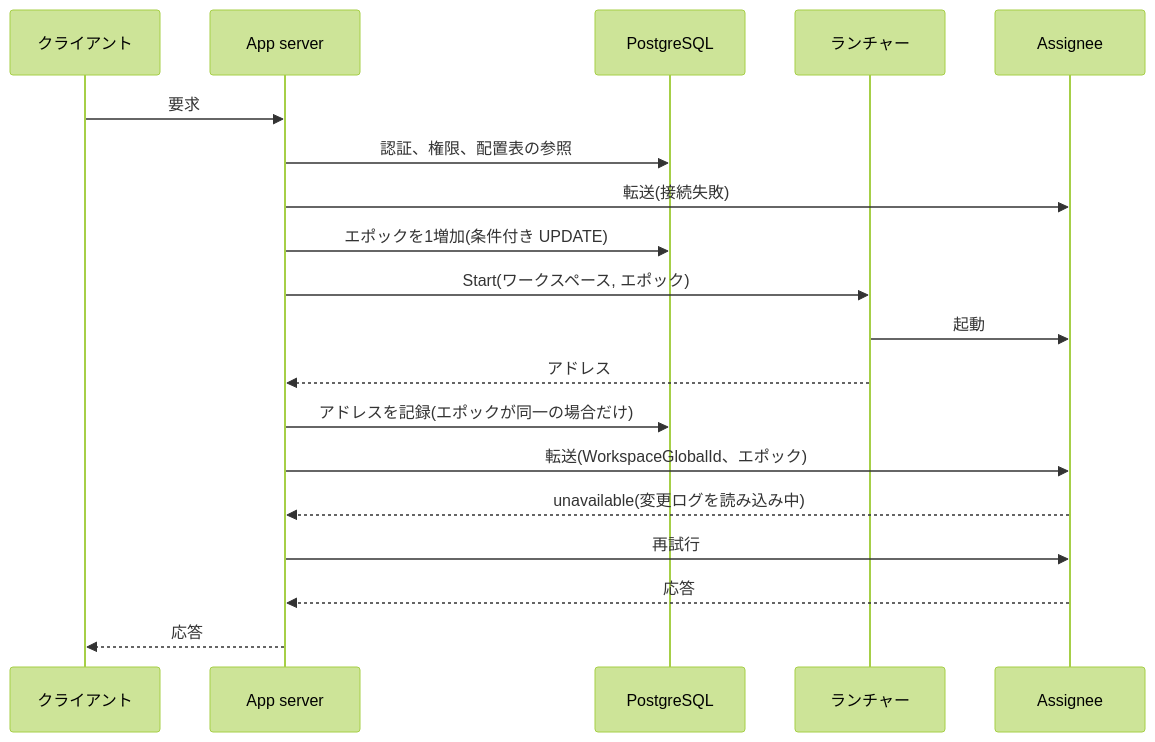
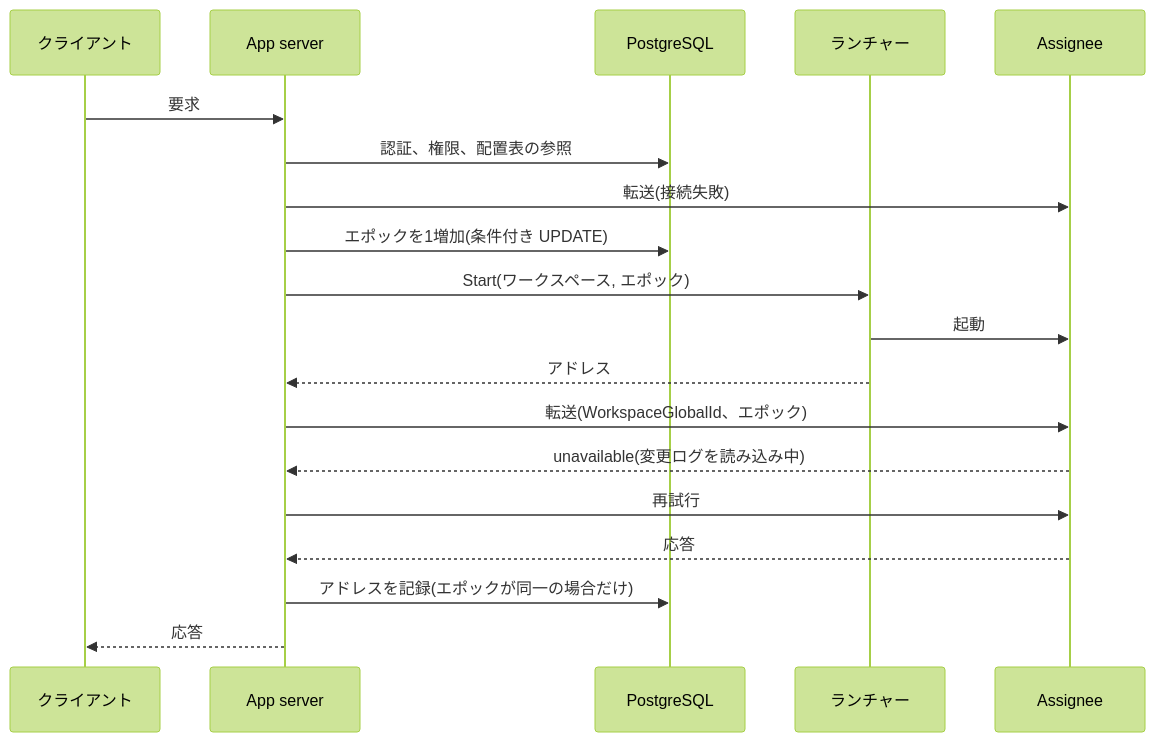
Before and after one commit to kazu-2020/epm: the first of 2 diagrams in docs/adr/0012-placement-table-issues-epochs-and-a-process-serves-one-epoch.md, drawn with Mermaid (forest theme). The commit also changed other lines of this file and 3 other files, not shown here.

````diff
--- a/docs/adr/0012-placement-table-issues-epochs-and-a-process-serves-one-epoch.md
+++ b/docs/adr/0012-placement-table-issues-epochs-and-a-process-serves-one-epoch.md
@@ -37,21 +45,21 @@
 ```mermaid
 sequenceDiagram
     participant C as クライアント
     participant A as App server
     participant P as PostgreSQL
     participant L as ランチャー
     participant W as Assignee
     C->>A: 要求
     A->>P: 認証、権限、配置表の参照
     A->>W: 転送(接続失敗)
     A->>P: エポックを1増加(条件付き UPDATE)
     A->>L: Start(ワークスペース, エポック)
     L->>W: 起動
     L-->>A: アドレス
-    A->>P: アドレスを記録(エポックが同一の場合だけ)
     A->>W: 転送(WorkspaceGlobalId、エポック)
     W-->>A: unavailable(変更ログを読み込み中)
     A->>W: 再試行
     W-->>A: 応答
+    A->>P: アドレスを記録(エポックが同一の場合だけ)
     A-->>C: 応答
 ```
````
